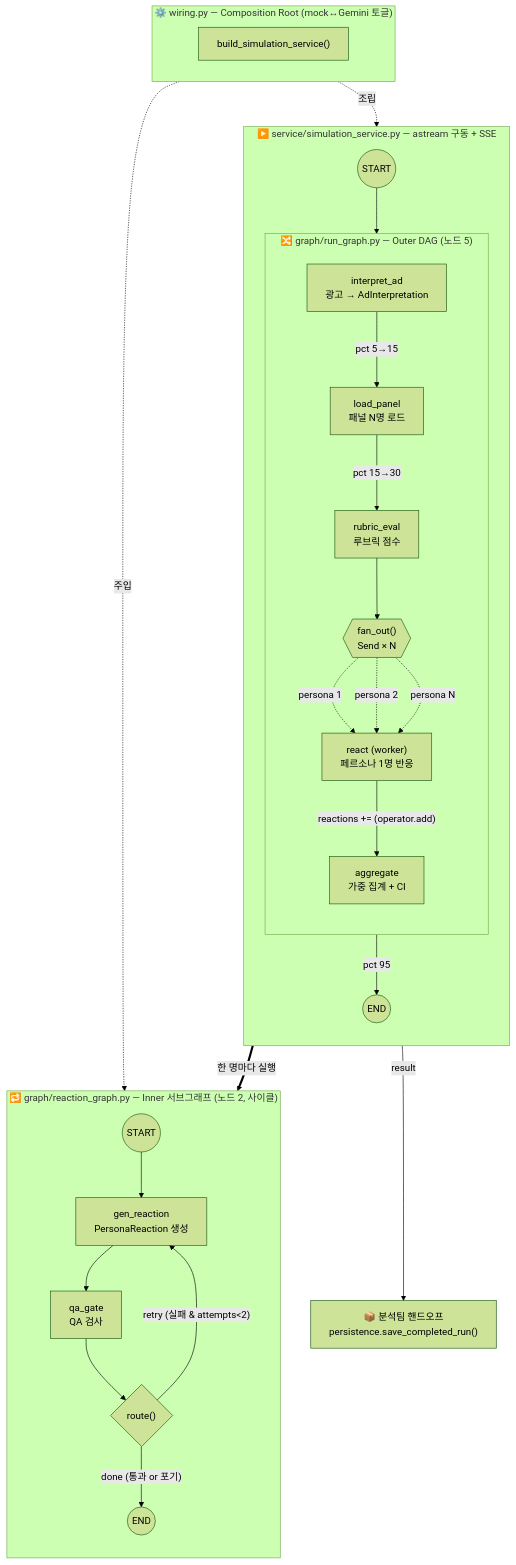
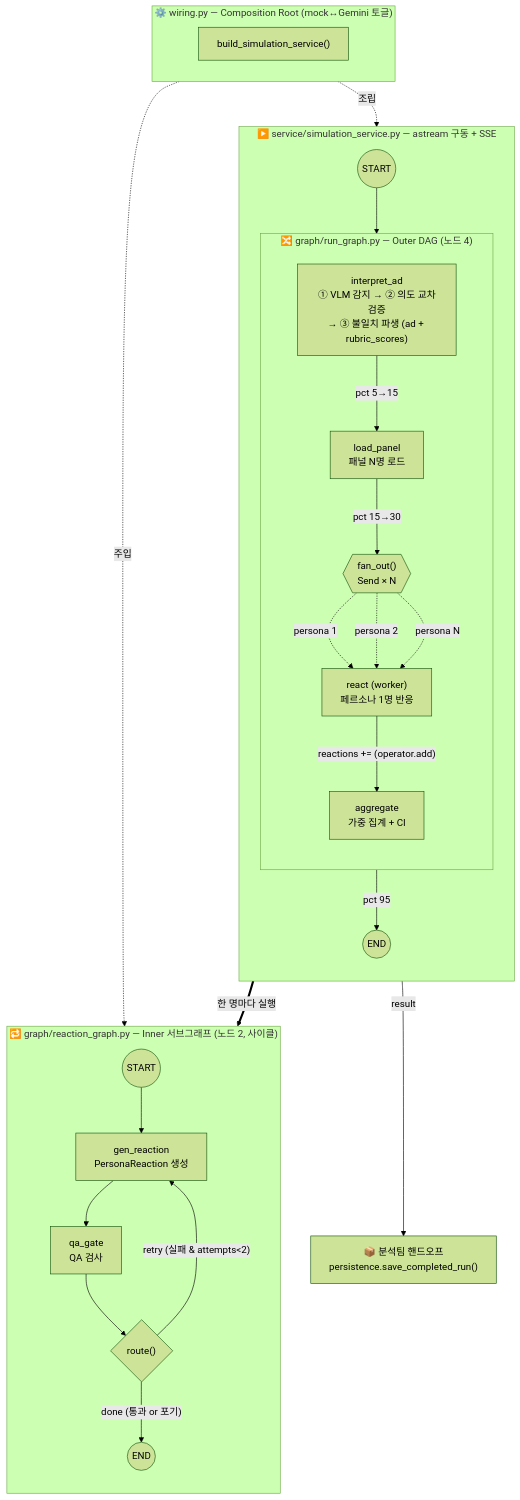
One commit to cclickstudio/click-me changed the first of 3 diagrams in docs/simulation/Persona/SIMULATOR_GRAPH_TOPOLOGY.md. Above: the diagram before and after it, drawn with Mermaid (forest theme). The commit also changed other lines of this file, not shown here.

Commit message:
docs: 그래프 토폴로지 다이어그램 6노드 구조로 갱신(rubric_eval 흡수)

````diff
--- a/docs/simulation/Persona/SIMULATOR_GRAPH_TOPOLOGY.md
+++ b/docs/simulation/Persona/SIMULATOR_GRAPH_TOPOLOGY.md
@@ -10,51 +11,49 @@
 ```mermaid
 flowchart TB
     subgraph WIRING["⚙️ wiring.py — Composition Root (mock↔Gemini 토글)"]
         direction LR
         W["build_simulation_service()"]
     end
 
     subgraph SERVICE["▶️ service/simulation_service.py — astream 구동 + SSE"]
         direction TB
         START((START))
 
-        subgraph OUTER["🔀 graph/run_graph.py — Outer DAG (노드 5)"]
+        subgraph OUTER["🔀 graph/run_graph.py — Outer DAG (노드 4)"]
             direction TB
-            N1["interpret_ad<br/>광고 → AdInterpretation"]
+            N1["interpret_ad<br/>① VLM 감지 → ② 의도 교차검증<br/>→ ③ 불일치 파생 (ad + rubric_scores)"]
             N2["load_panel<br/>패널 N명 로드"]
-            N3["rubric_eval<br/>루브릭 점수"]
             FANOUT{{"fan_out()<br/>Send × N"}}
             N4["react (worker)<br/>페르소나 1명 반응"]
             N5["aggregate<br/>가중 집계 + CI"]
         end
 
         ENDN((END))
 
         START --> N1
         N1 -->|"pct 5→15"| N2
-        N2 -->|"pct 15→30"| N3
-        N3 --> FANOUT
+        N2 -->|"pct 15→30"| FANOUT
         FANOUT -.->|"persona 1"| N4
         FANOUT -.->|"persona 2"| N4
         FANOUT -.->|"persona N"| N4
         N4 -->|"reactions += (operator.add)"| N5
         N5 -->|"pct 95"| ENDN
     end
 
     subgraph INNER["🔁 graph/reaction_graph.py — Inner 서브그래프 (노드 2, 사이클)"]
         direction TB
         IS((START))
         I1["gen_reaction<br/>PersonaReaction 생성"]
         I2["qa_gate<br/>QA 검사"]
         IR{"route()"}
         IE((END))
         IS --> I1 --> I2 --> IR
         IR -->|"retry (실패 & attempts<2)"| I1
         IR -->|"done (통과 or 포기)"| IE
     end
 
     W -.조립.-> OUTER
     W -.주입.-> INNER
     N4 ==한 명마다 실행==> INNER
     ENDN -->|"result"| HANDOFF["📦 분석팀 핸드오프<br/>persistence.save_completed_run()"]
 ```
````
